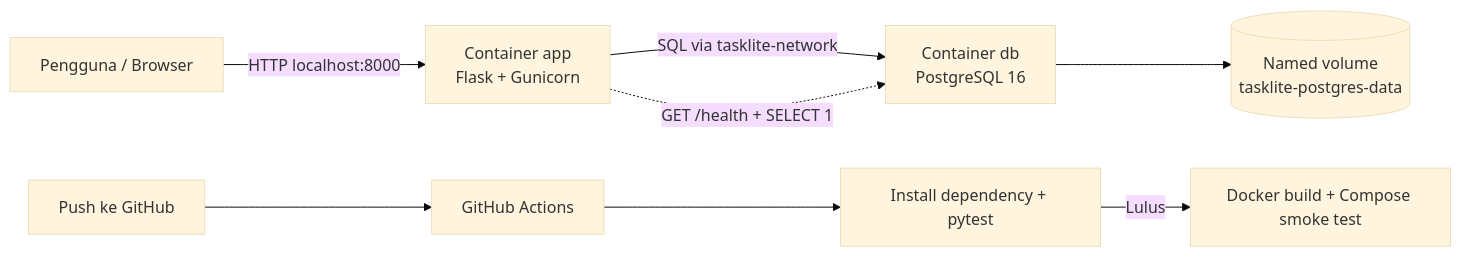
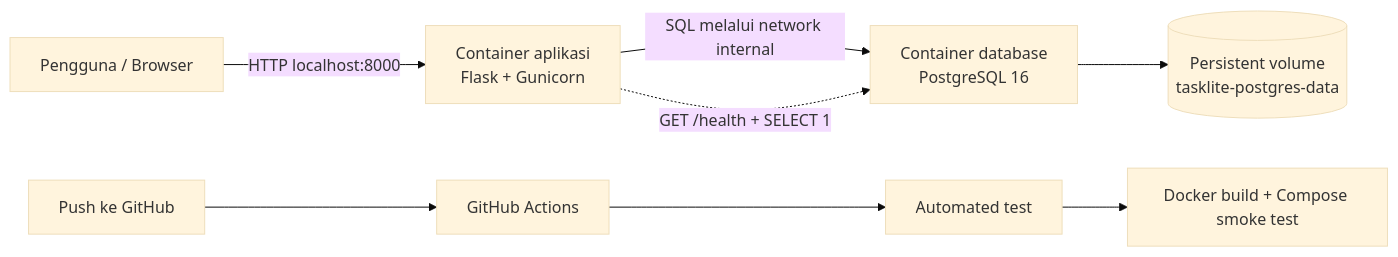
The diagram in README.md (naufaldenta/tasklite), drawn with Mermaid (base theme) before and after one commit. The commit also changed other lines of this file and 4 other files, not shown here.

````diff
--- a/README.md
+++ b/README.md
@@ -17,10 +20,10 @@
 ```mermaid
 flowchart LR
-    U["Pengguna / Browser"] -->|"HTTP localhost:8000"| A["Container app\nFlask + Gunicorn"]
-    A -->|"SQL via tasklite-network"| D["Container db\nPostgreSQL 16"]
-    D --> V[("Named volume\ntasklite-postgres-data")]
+    U["Pengguna / Browser"] -->|"HTTP localhost:8000"| A["Container aplikasi\nFlask + Gunicorn"]
+    A -->|"SQL melalui network internal"| D["Container database\nPostgreSQL 16"]
+    D --> V[("Persistent volume\ntasklite-postgres-data")]
     A -.->|"GET /health + SELECT 1"| D
     G["Push ke GitHub"] --> C["GitHub Actions"]
-    C --> T["Install dependency + pytest"]
-    T -->|"Lulus"| B["Docker build + Compose smoke test"]
+    C --> T["Automated test"]
+    T --> B["Docker build + Compose smoke test"]
 ```
````
